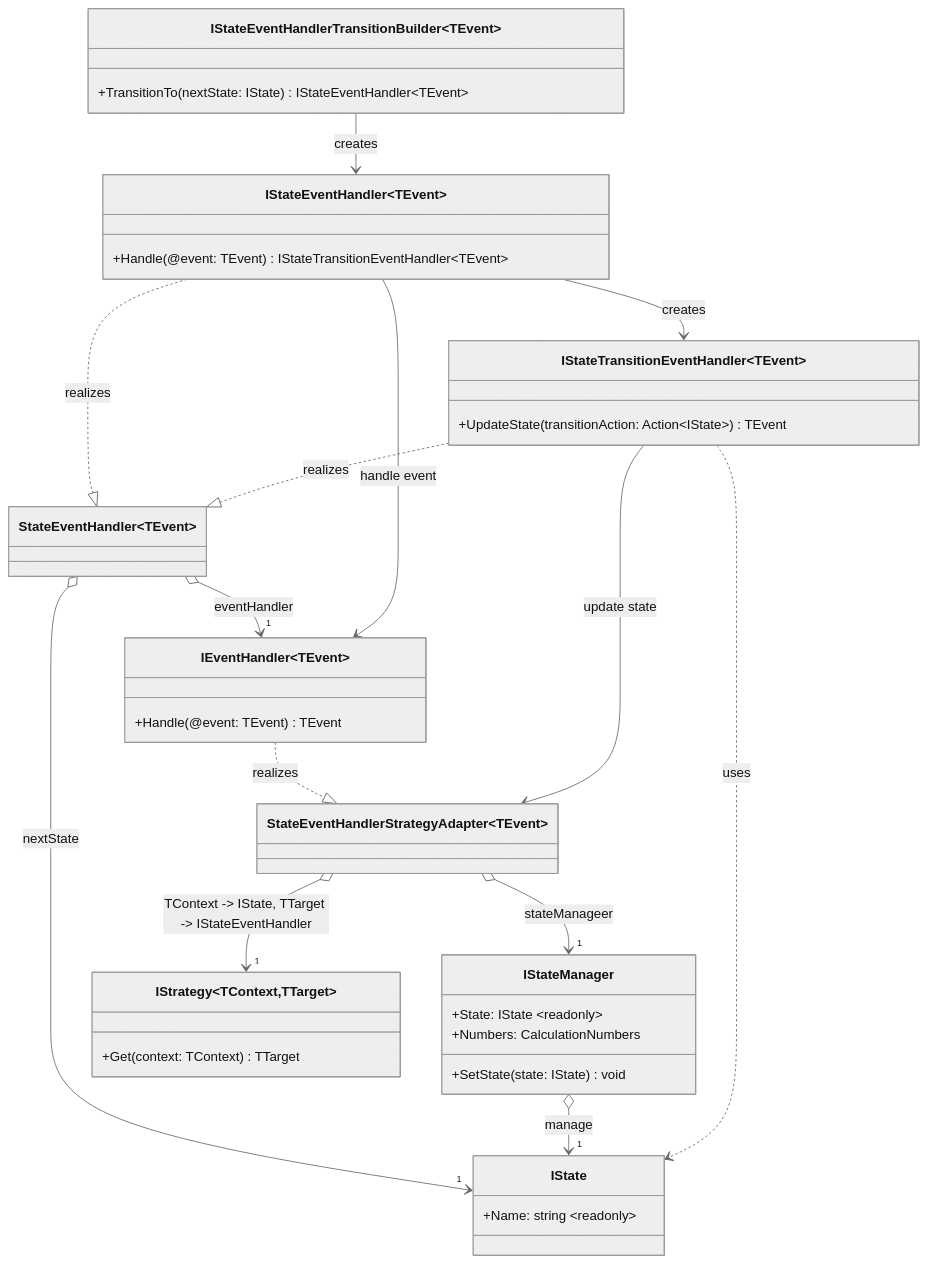
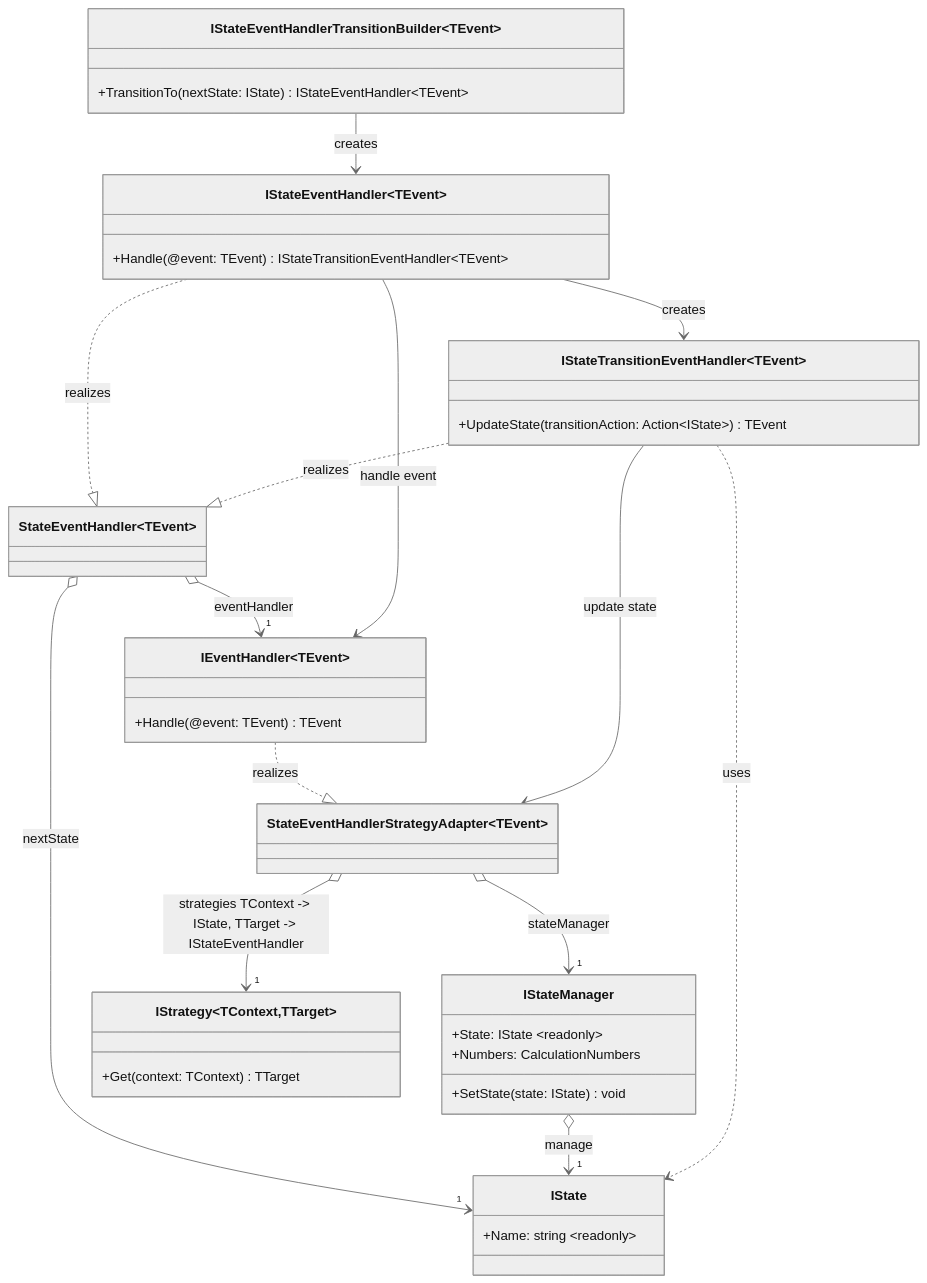
Before and after one commit to Meex-Work/CalculatorSolution: the diagram in README.md, drawn with Mermaid (neutral theme).

````diff
--- a/README.md
+++ b/README.md
@@ -36,49 +36,49 @@
 ```mermaid
 classDiagram
     class IState {
         +Name: string ~readonly~
     }
 
     class IStateManager {
         +State: IState ~readonly~
         +Numbers: CalculationNumbers
         +SetState(state: IState) void
     }
     class IStateEventHandler~TEvent~ {
         +Handle(@event: TEvent) IStateTransitionEventHandler~TEvent~
     }
     class IStateTransitionEventHandler~TEvent~ {
         +UpdateState(transitionAction: Action~IState~) TEvent
     }
     class IStateEventHandlerTransitionBuilder~TEvent~ {
         +TransitionTo(nextState: IState) IStateEventHandler~TEvent~
     }
     class IEventHandler~TEvent~ {
         +Handle(@event: TEvent) TEvent
     }
 
     class IStrategy~TContext,TTarget~ {
 +Get(context: TContext) TTarget
 }
 
 class StateEventHandlerStrategyAdapter~TEvent~ {
 
     }
 class StateEventHandler~TEvent~ {
 
     }
 
 IEventHandler ..|> StateEventHandlerStrategyAdapter: realizes
-StateEventHandlerStrategyAdapter o--> "1" IStateManager: stateManageer
-StateEventHandlerStrategyAdapter o--> "1" IStrategy: TContext -> IState, TTarget -> IStateEventHandler
+StateEventHandlerStrategyAdapter o--> "1" IStateManager: stateManager
+StateEventHandlerStrategyAdapter o--> "1" IStrategy: strategies TContext -> IState, TTarget -> IStateEventHandler
 IStateEventHandler ..|> StateEventHandler: realizes
 IStateTransitionEventHandler ..|> StateEventHandler: realizes
 StateEventHandler o--> "1" IEventHandler: eventHandler
 StateEventHandler o--> "1" IState: nextState
 IStateManager o--> "1" IState: manage
 IStateTransitionEventHandler ..> IState: uses
 IStateEventHandler --> IStateTransitionEventHandler: creates
 IStateEventHandler --> IEventHandler: handle event
 IStateEventHandlerTransitionBuilder --> IStateEventHandler: creates
 IStateTransitionEventHandler --> StateEventHandlerStrategyAdapter: update state
 ```
````
